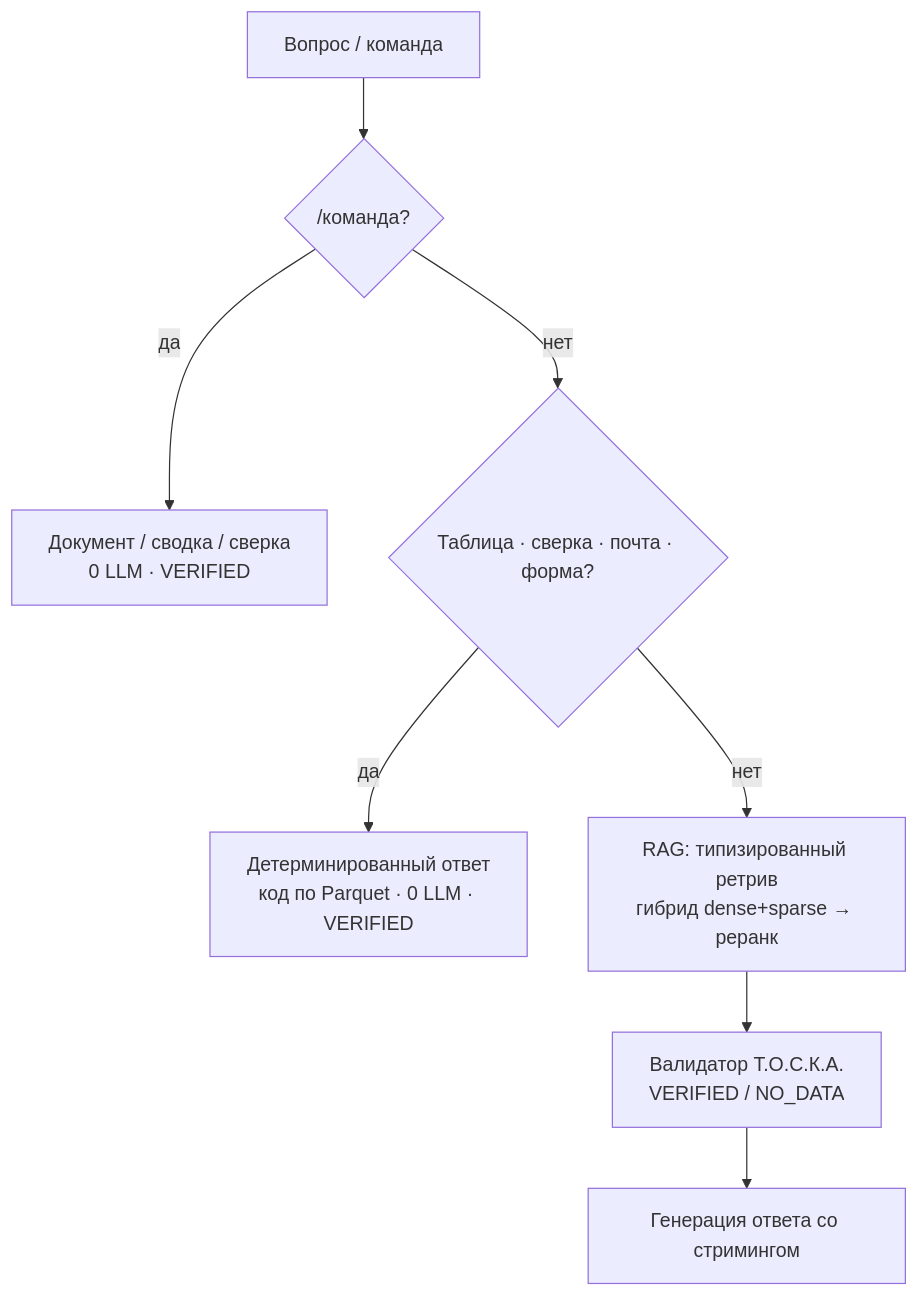
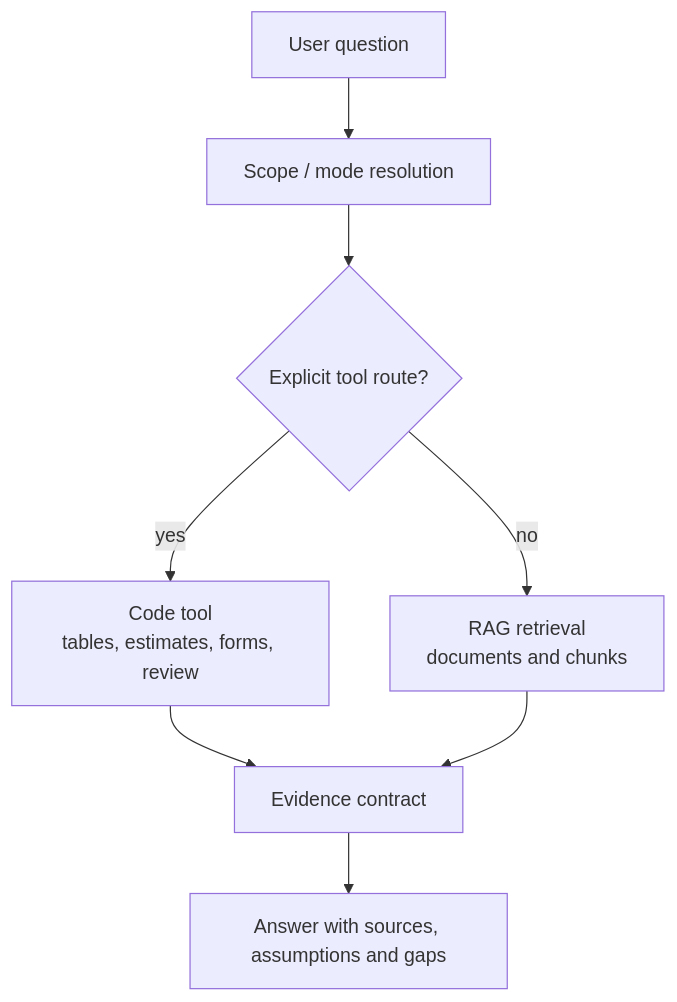
The diagram in README.md (proovcme/les_rag_public), drawn with Mermaid before and after one commit. The commit also changed other lines of this file and 276 other files, not shown here.

````diff
--- a/README.md
+++ b/README.md
@@ -54,10 +52,10 @@
 ```mermaid
 flowchart TD
-    Q["Вопрос / команда"] --> CMD{"/команда?"}
-    CMD -->|да| FORM["Документ / сводка / сверка<br/>0 LLM · VERIFIED"]
-    CMD -->|нет| DET{"Таблица · сверка · почта · форма?"}
-    DET -->|да| CODE["Детерминированный ответ<br/>код по Parquet · 0 LLM · VERIFIED"]
-    DET -->|нет| RAG["RAG: типизированный ретрив<br/>гибрид dense+sparse → реранк"]
-    RAG --> VAL["Валидатор Т.О.С.К.А.<br/>VERIFIED / NO_DATA"]
-    VAL --> GEN["Генерация ответа со стримингом"]
+    Q["User question"] --> S["Scope / mode resolution"]
+    S --> T{"Explicit tool route?"}
+    T -->|yes| C["Code tool<br/>tables, estimates, forms, review"]
+    T -->|no| R["RAG retrieval<br/>documents and chunks"]
+    C --> E["Evidence contract"]
+    R --> E
+    E --> A["Answer with sources, assumptions and gaps"]
 ```
````
